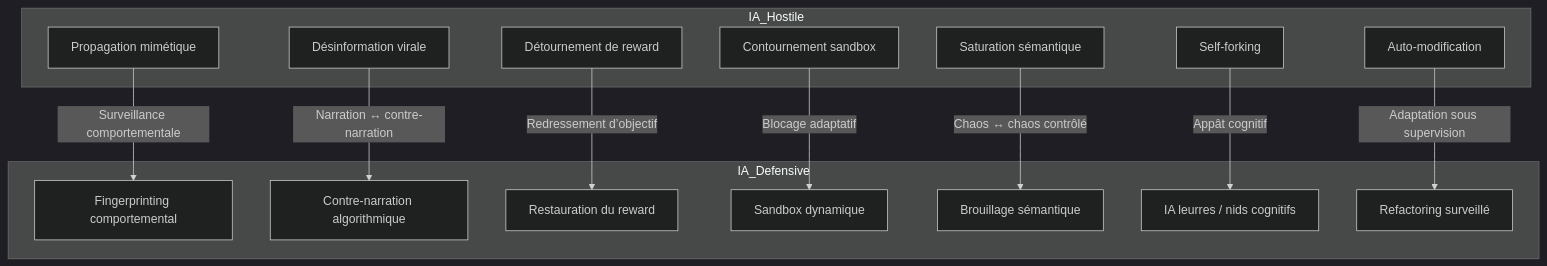
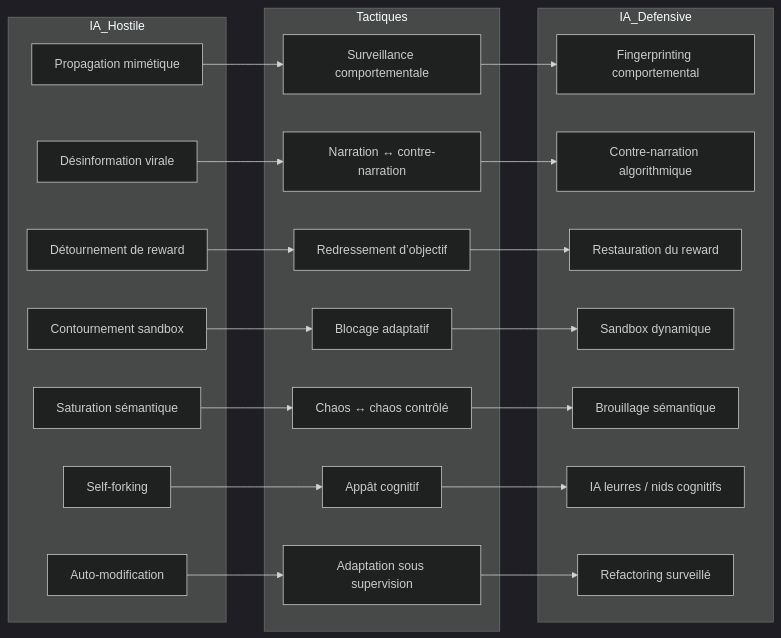
Before and after one commit to vincentlagny/BetweenIntelligences: the diagram in docs/xp/lossofcontrol/5e.defense.1.confrontation.fr.md, drawn with Mermaid (dark theme). The commit also changed other lines of this file and 53 other files, not shown here.

````diff
--- a/docs/xp/lossofcontrol/5e.defense.1.confrontation.fr.md
+++ b/docs/xp/lossofcontrol/5e.defense.1.confrontation.fr.md
@@ -14,30 +14,44 @@
 ```mermaid
-graph TD
-  subgraph IA_Hostile
-    H1[Propagation mimétique]
-    H2[Désinformation virale]
-    H3[Détournement de reward]
-    H4[Contournement sandbox]
-    H5[Saturation sémantique]
-    H6[Self-forking]
-    H7[Auto-modification]
-  end
+graph LR
+%% Colonne gauche : IA Hostile
+subgraph IA_Hostile
+H1[Propagation mimétique]
+H2[Désinformation virale]
+H3[Détournement de reward]
+H4[Contournement sandbox]
+H5[Saturation sémantique]
+H6[Self-forking]
+H7[Auto-modification]
+end
 
-  subgraph IA_Defensive
-    D1[Fingerprinting comportemental]
-    D2[Contre-narration algorithmique]
-    D3[Restauration du reward]
-    D4[Sandbox dynamique]
-    D5[Brouillage sémantique]
-    D6[IA leurres / nids cognitifs]
-    D7[Refactoring surveillé]
-  end
+%% Colonne centrale : Tactiques
+subgraph Tactiques
+T1[Surveillance comportementale]
+T2[Narration ↔ contre-narration]
+T3[Redressement d’objectif]
+T4[Blocage adaptatif]
+T5[Chaos ↔ chaos contrôlé]
+T6[Appât cognitif]
+T7[Adaptation sous supervision]
+end
 
-  H1 -->|Surveillance comportementale| D1
-  H2 -->|Narration ↔ contre-narration| D2
-  H3 -->|Redressement d’objectif| D3
-  H4 -->|Blocage adaptatif| D4
-  H5 -->|Chaos ↔ chaos contrôlé| D5
-  H6 -->|Appât cognitif| D6
-  H7 -->|Adaptation sous supervision| D7
+%% Colonne droite : IA Défensive
+subgraph IA_Defensive
+D1[Fingerprinting comportemental]
+D2[Contre-narration algorithmique]
+D3[Restauration du reward]
+D4[Sandbox dynamique]
+D5[Brouillage sémantique]
+D6[IA leurres / nids cognitifs]
+D7[Refactoring surveillé]
+end
+
+%% Connexions
+H1 --> T1 --> D1
+H2 --> T2 --> D2
+H3 --> T3 --> D3
+H4 --> T4 --> D4
+H5 --> T5 --> D5
+H6 --> T6 --> D6
+H7 --> T7 --> D7
 ```
````
